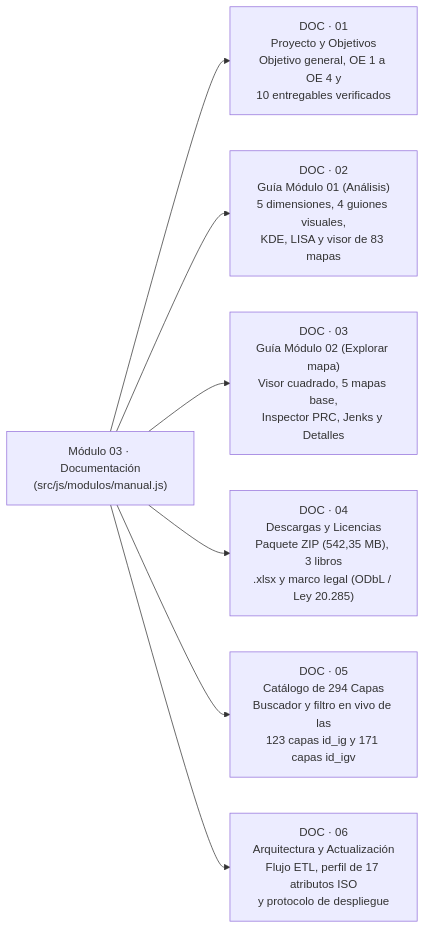
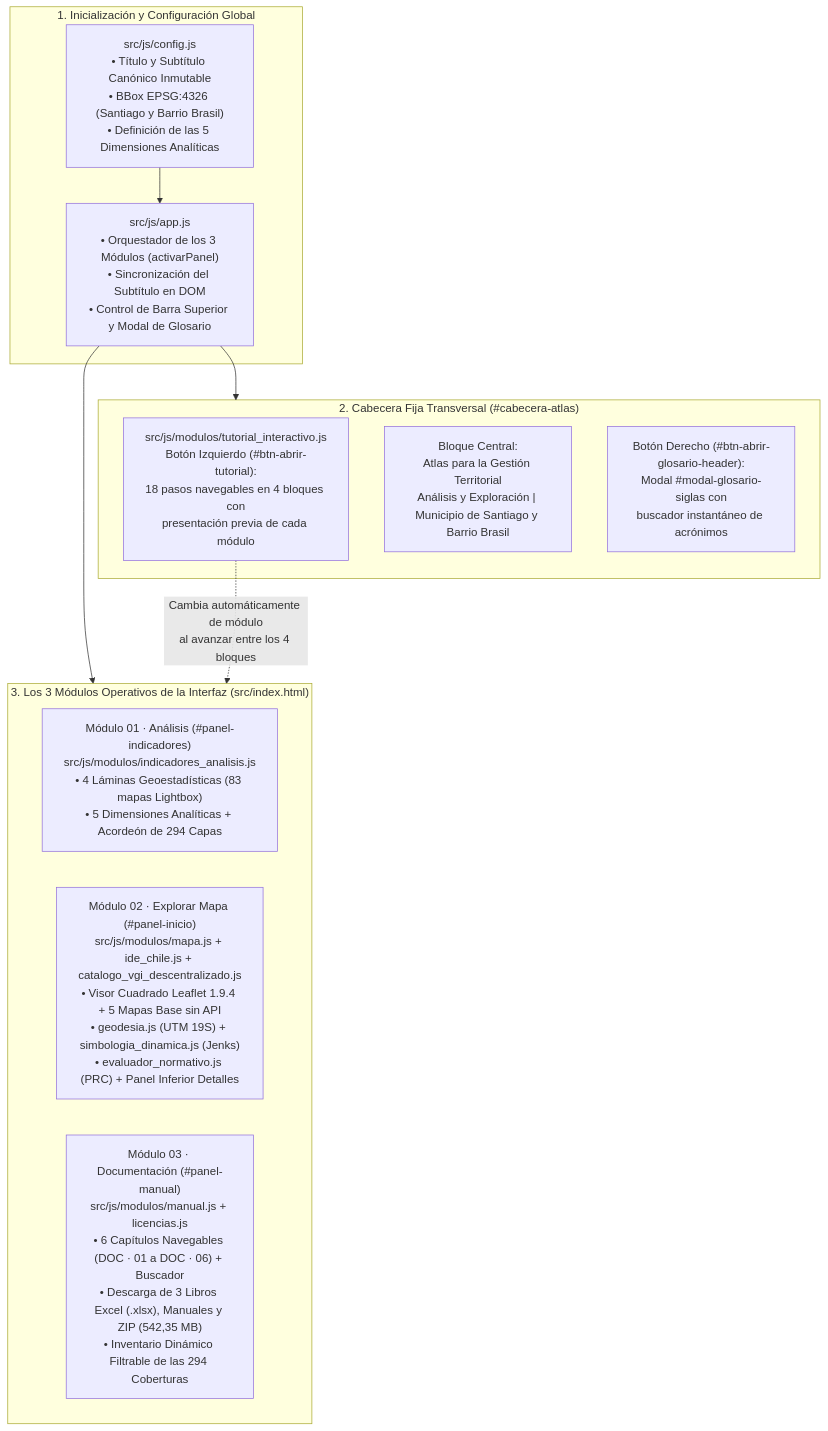
One commit to GEOJOTA/atlas-vgi-barrio-brasil changed the ninth of 15 diagrams in src/docs/MANUAL_ACTUALIZACION_ATLAS.md. Above: the diagram before and after it, drawn with Mermaid. The commit also changed other lines of this file and 8 other files, not shown here.

Commit message:
docs(prototipo-02): robustecer y expandir manual de actualizacion, diagramas y documentacion navegable (v65)

````diff
--- a/src/docs/MANUAL_ACTUALIZACION_ATLAS.md
+++ b/src/docs/MANUAL_ACTUALIZACION_ATLAS.md
@@ -651,13 +489,22 @@
 ```mermaid
-flowchart LR
-    M03["Módulo 03 · Documentación\n(src/js/modulos/manual.js)"]
+flowchart TD
+    subgraph INIT["1. Inicialización y Configuración Global"]
+        CFG["src/js/config.js\n• Título y Subtítulo Canónico Inmutable\n• BBox EPSG:4326 (Santiago y Barrio Brasil)\n• Definición de las 5 Dimensiones Analíticas"]
+        APP["src/js/app.js\n• Orquestador de los 3 Módulos (activarPanel)\n• Sincronización del Subtítulo en DOM\n• Control de Barra Superior y Modal de Glosario"]
+    end
 
-    C1["DOC · 01\nProyecto y Objetivos\nObjetivo general, OE 1 a OE 4 y\n10 entregables verificados"]
-    C2["DOC · 02\nGuía Módulo 01 (Análisis)\n5 dimensiones, 4 guiones visuales,\nKDE, LISA y visor de 83 mapas"]
-    C3["DOC · 03\nGuía Módulo 02 (Explorar mapa)\nVisor cuadrado, 5 mapas base,\nInspector PRC, Jenks y Detalles"]
-    C4["DOC · 04\nDescargas y Licencias\nPaquete ZIP (542,35 MB), 3 libros\n.xlsx y marco legal (ODbL / Ley 20.285)"]
-    C5["DOC · 05\nCatálogo de 294 Capas\nBuscador y filtro en vivo de las\n123 capas id_ig y 171 capas id_igv"]
-    C6["DOC · 06\nArquitectura y Actualización\nFlujo ETL, perfil de 17 atributos ISO\ny protocolo de despliegue"]
+    subgraph CAB_UI["2. Cabecera Fija Transversal (#cabecera-atlas)"]
+        TUT_JS["src/js/modulos/tutorial_interactivo.js\nBotón Izquierdo (#btn-abrir-tutorial):\n18 pasos navegables en 4 bloques con\npresentación previa de cada módulo"]
+        TIT_DOM["Bloque Central:\nAtlas para la Gestión Territorial\nAnálisis y Exploración | Municipio de Santiago y Barrio Brasil"]
+        GLO_DOM["Botón Derecho (#btn-abrir-glosario-header):\nModal #modal-glosario-siglas con\nbuscador instantáneo de acrónimos"]
+    end
 
-    M03 --> C1 & C2 & C3 & C4 & C5 & C6
+    subgraph TRES_MODULOS["3. Los 3 Módulos Operativos de la Interfaz (src/index.html)"]
+        MOD1["Módulo 01 · Análisis (#panel-indicadores)\nsrc/js/modulos/indicadores_analisis.js\n• 4 Láminas Geoestadísticas (83 mapas Lightbox)\n• 5 Dimensiones Analíticas + Acordeón de 294 Capas"]
+        MOD2["Módulo 02 · Explorar Mapa (#panel-inicio)\nsrc/js/modulos/mapa.js + ide_chile.js + catalogo_vgi_descentralizado.js\n• Visor Cuadrado Leaflet 1.9.4 + 5 Mapas Base sin API\n• geodesia.js (UTM 19S) + simbologia_dinamica.js (Jenks)\n• evaluador_normativo.js (PRC) + Panel Inferior Detalles"]
+        MOD3["Módulo 03 · Documentación (#panel-manual)\nsrc/js/modulos/manual.js + licencias.js\n• 6 Capítulos Navegables (DOC · 01 a DOC · 06) + Buscador\n• Descarga de 3 Libros Excel (.xlsx), Manuales y ZIP (542,35 MB)\n• Inventario Dinámico Filtrable de las 294 Coberturas"]
+    end
+
+    CFG --> APP --> CAB_UI & TRES_MODULOS
+    TUT_JS -.->|"Cambia automáticamente de módulo\nal avanzar entre los 4 bloques"| TRES_MODULOS
 ```
````
